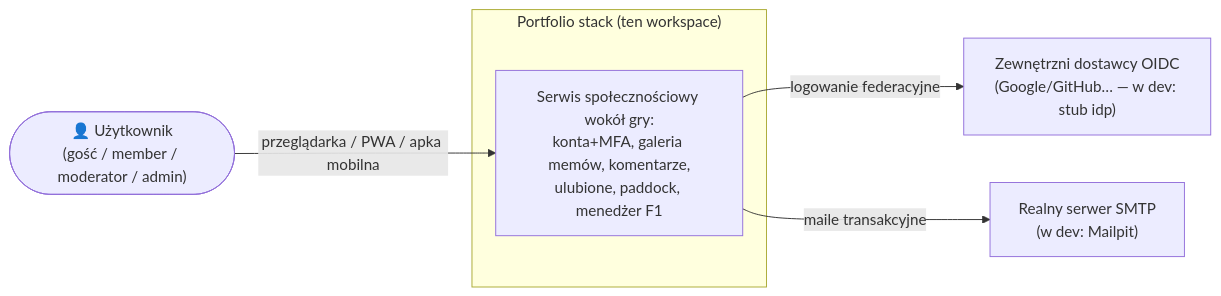
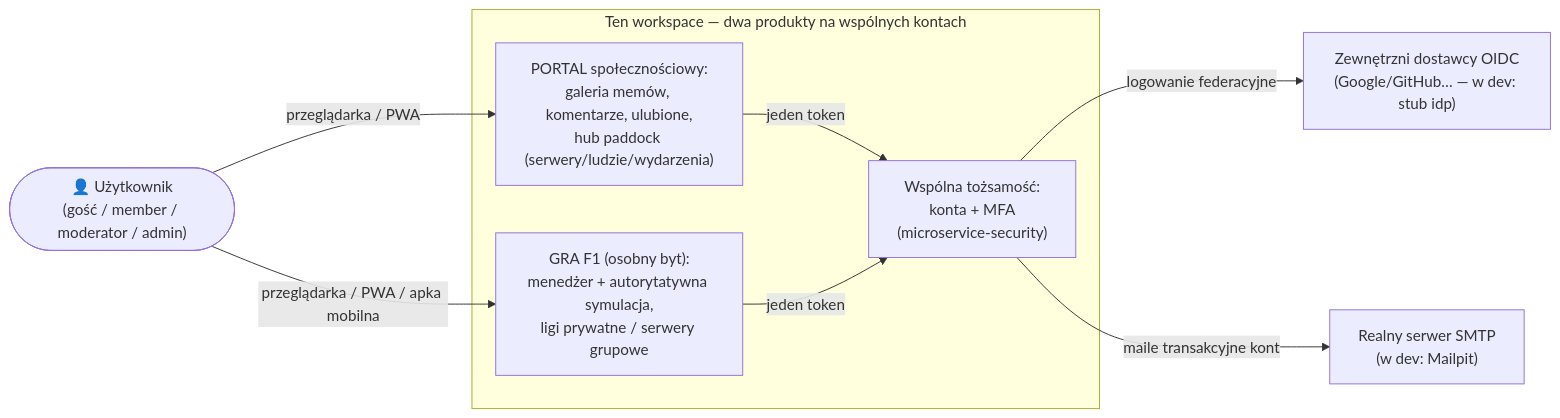
The first of 3 diagrams in docs/c4-architecture.md (jrobertgardzinski/workspace-shared), drawn with Mermaid before and after one commit. The commit also changed other lines of this file and 2 other files, not shown here.

Commit message:
Two crowns, one gatekeeper: the portal and the game part ways everywhere but the door

````diff
--- a/docs/c4-architecture.md
+++ b/docs/c4-architecture.md
@@ -10,12 +12,17 @@
 ```mermaid
 flowchart LR
   member(["👤 Użytkownik<br/>(gość / member / moderator / admin)"])
-  subgraph portfolio ["Portfolio stack (ten workspace)"]
-    stack["Serwis społecznościowy wokół gry:<br/>konta+MFA, galeria memów, komentarze,<br/>ulubione, paddock, menedżer F1"]
+  subgraph portfolio ["Ten workspace — dwa produkty na wspólnych kontach"]
+    portal["PORTAL społecznościowy:<br/>galeria memów, komentarze, ulubione,<br/>hub paddock (serwery/ludzie/wydarzenia)"]
+    game["GRA F1 (osobny byt):<br/>menedżer + autorytatywna symulacja,<br/>ligi prywatne / serwery grupowe"]
+    idp["Wspólna tożsamość:<br/>konta + MFA<br/>(microservice-security)"]
   end
   oauth["Zewnętrzni dostawcy OIDC<br/>(Google/GitHub… — w dev: stub idp)"]
   smtp["Realny serwer SMTP<br/>(w dev: Mailpit)"]
-  member -->|przeglądarka / PWA / apka mobilna| stack
-  stack -->|logowanie federacyjne| oauth
-  stack -->|maile transakcyjne| smtp
+  member -->|przeglądarka / PWA| portal
+  member -->|przeglądarka / PWA / apka mobilna| game
+  portal -->|jeden token| idp
+  game -->|jeden token| idp
+  idp -->|logowanie federacyjne| oauth
+  idp -->|maile transakcyjne kont| smtp
 ```
````
